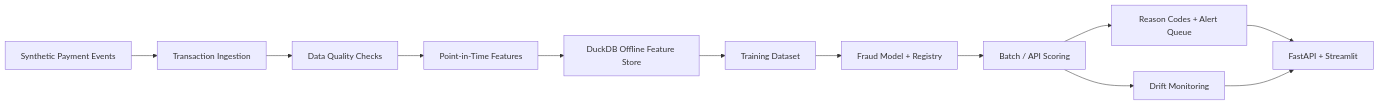
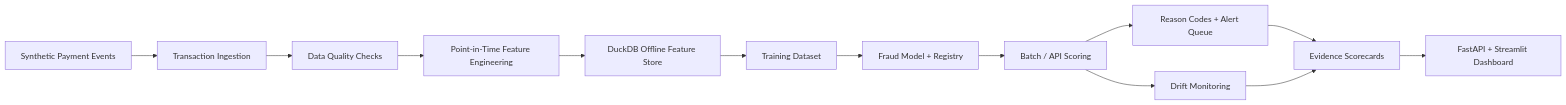
Before and after one commit to mohilamin/payments-fraud-feature-store-mlops: the diagram in README.md, drawn with Mermaid. The commit also changed other lines of this file and 26 other files, not shown here.

Commit message:
Harden fraud feature store MLOps evidence

````diff
--- a/README.md
+++ b/README.md
@@ -19,14 +24,15 @@
 ```mermaid
 flowchart LR
     A["Synthetic Payment Events"] --> B["Transaction Ingestion"]
     B --> C["Data Quality Checks"]
-    C --> D["Point-in-Time Features"]
+    C --> D["Point-in-Time Feature Engineering"]
     D --> E["DuckDB Offline Feature Store"]
     E --> F["Training Dataset"]
     F --> G["Fraud Model + Registry"]
     G --> H["Batch / API Scoring"]
     H --> I["Reason Codes + Alert Queue"]
     H --> J["Drift Monitoring"]
-    I --> K["FastAPI + Streamlit"]
+    I --> K["Evidence Scorecards"]
     J --> K
+    K --> L["FastAPI + Streamlit Dashboard"]
 ```
````
